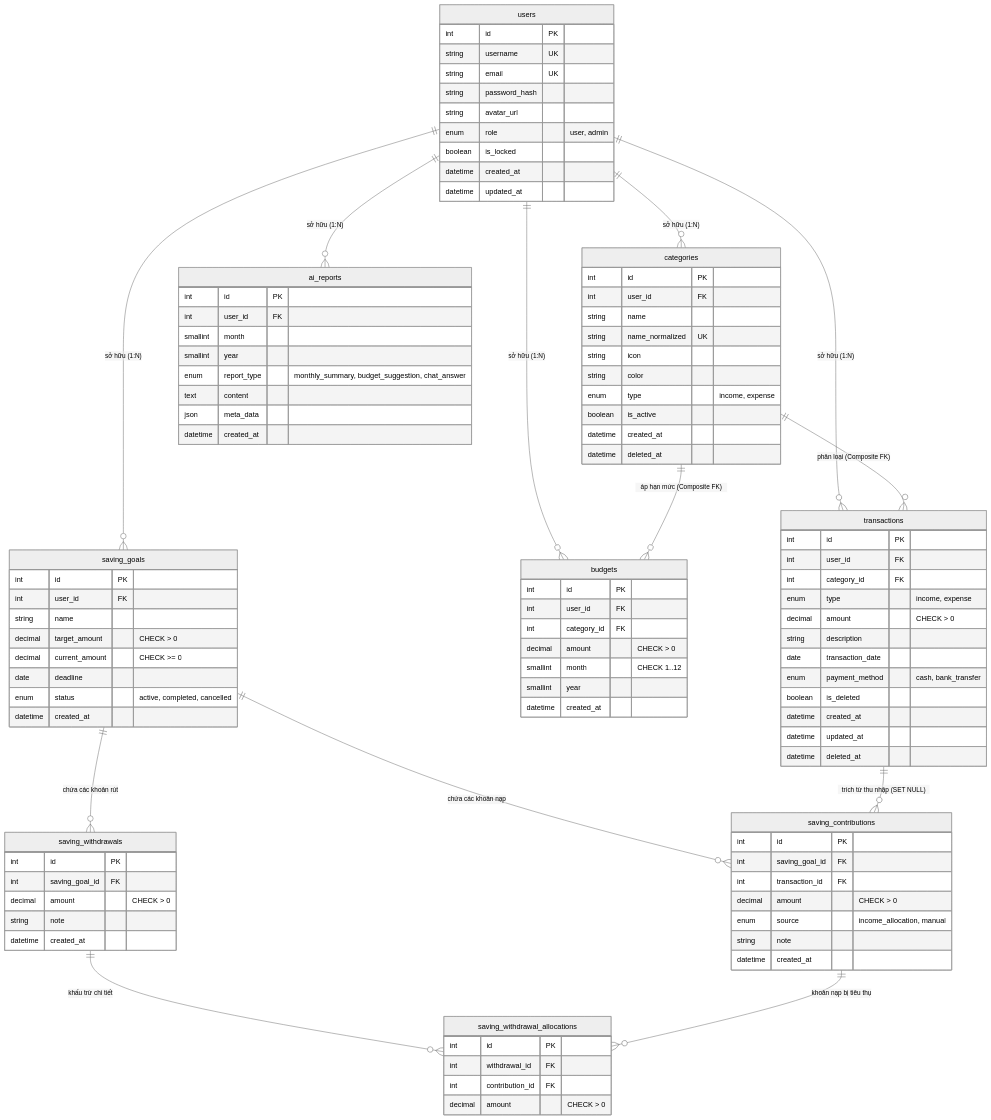
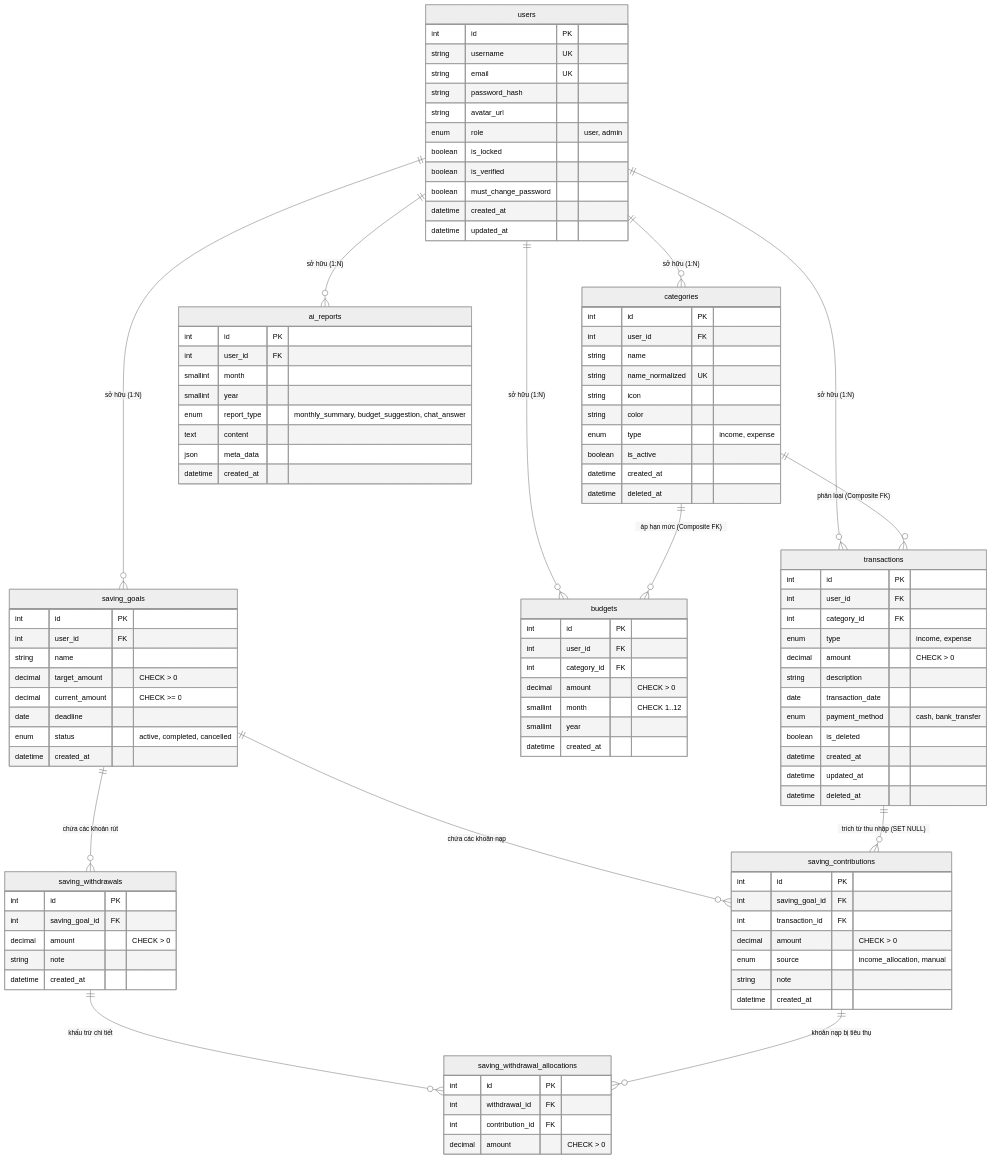
Before and after one commit to Hoanglight2006/personal-expense-ai: the first of 2 diagrams in docs/database_design.md, drawn with Mermaid (neutral theme). The commit also changed other lines of this file and 66 other files, not shown here.

```diff
--- a/docs/database_design.md
+++ b/docs/database_design.md
@@ -38,6 +38,8 @@
         string avatar_url
         enum role "user, admin"
         boolean is_locked
+        boolean is_verified
+        boolean must_change_password
         datetime created_at
         datetime updated_at
     }
```
